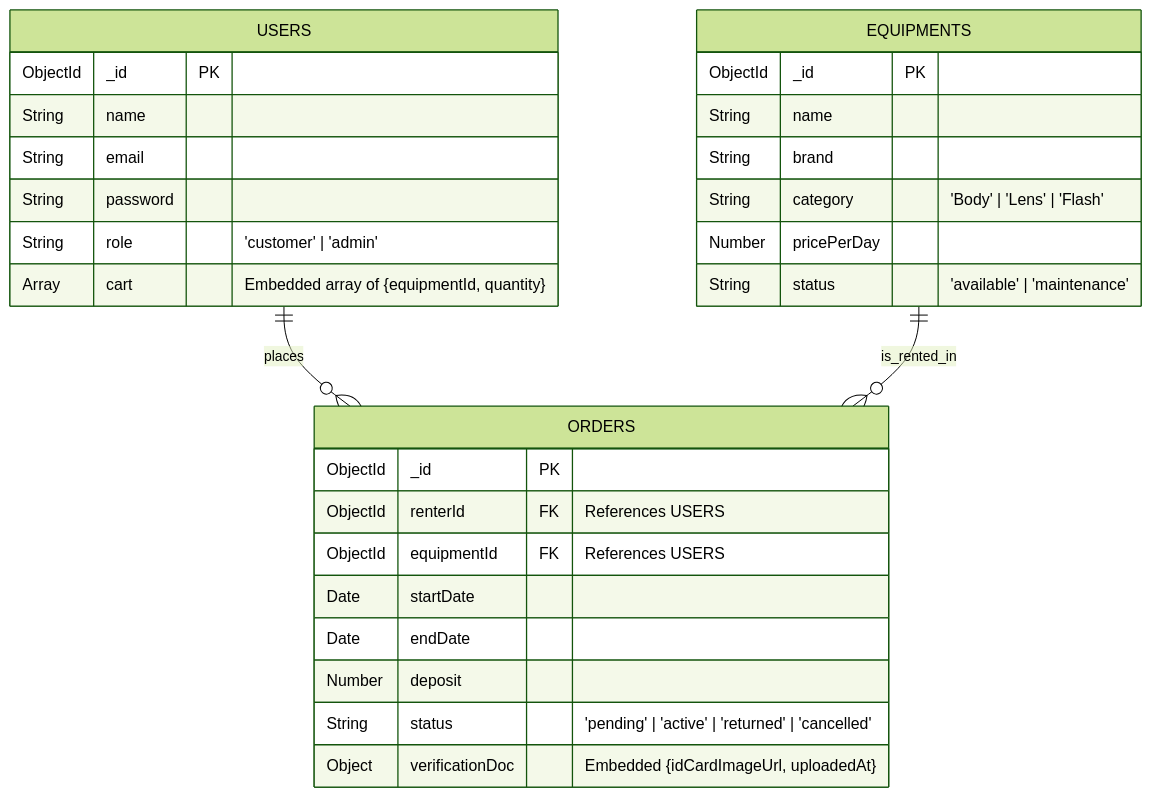
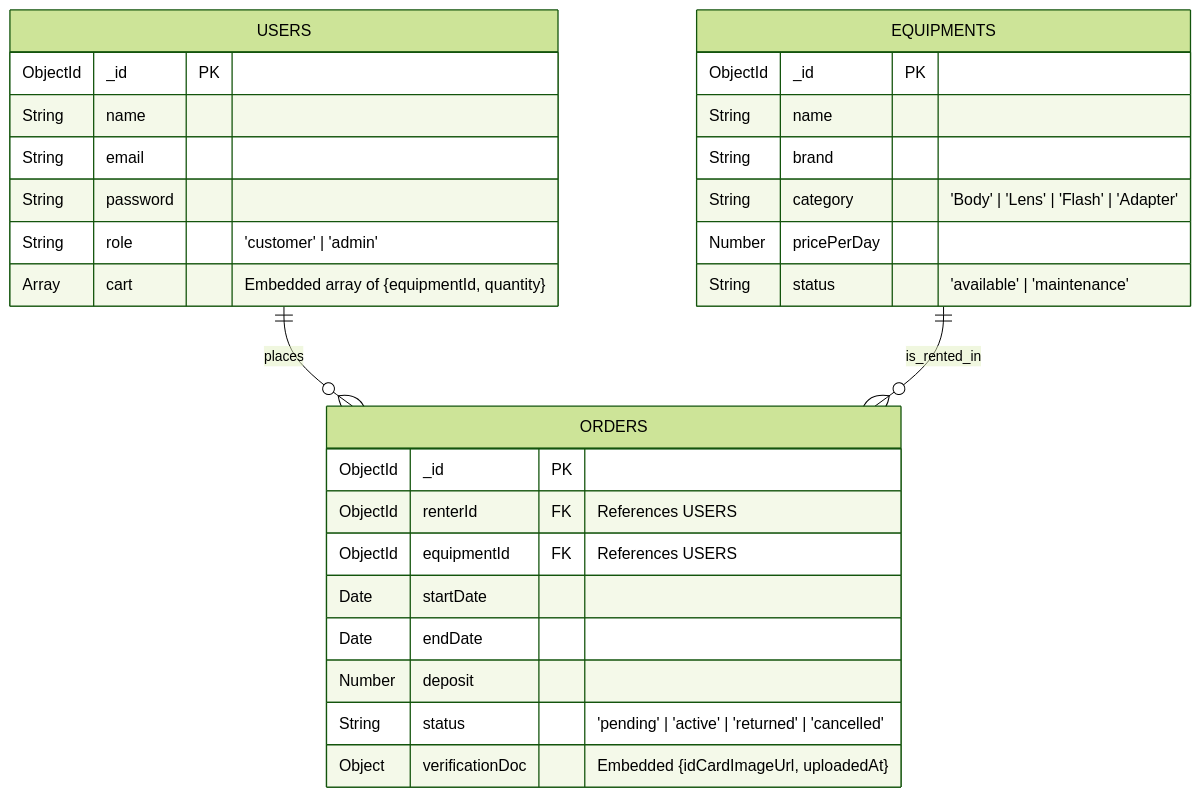
One commit to DoctorDear/JSD13-week02 changed the first of 2 diagrams in README.md. Above: the diagram before and after it, drawn with Mermaid (forest theme). The commit also changed 5 other files, not shown here.

````diff
--- a/README.md
+++ b/README.md
@@ -52,32 +52,32 @@
 ```mermaid
 erDiagram
     USERS ||--o{ ORDERS : "places"
     EQUIPMENTS ||--o{ ORDERS : "is_rented_in"
 
     USERS {
         ObjectId _id PK
         String name
         String email
         String password
         String role "'customer' | 'admin'"
         Array cart "Embedded array of {equipmentId, quantity}"
     }
     EQUIPMENTS {
         ObjectId _id PK
         String name
         String brand
-        String category "'Body' | 'Lens' | 'Flash'"
+        String category "'Body' | 'Lens' | 'Flash' | 'Adapter'"
         Number pricePerDay
         String status "'available' | 'maintenance'"
     }
     ORDERS {
         ObjectId _id PK
         ObjectId renterId FK "References USERS"
         ObjectId equipmentId FK "References USERS"
         Date startDate
         Date endDate
         Number deposit
         String status "'pending' | 'active' | 'returned' | 'cancelled'"
         Object verificationDoc "Embedded {idCardImageUrl, uploadedAt}"
     }
 ```
````
